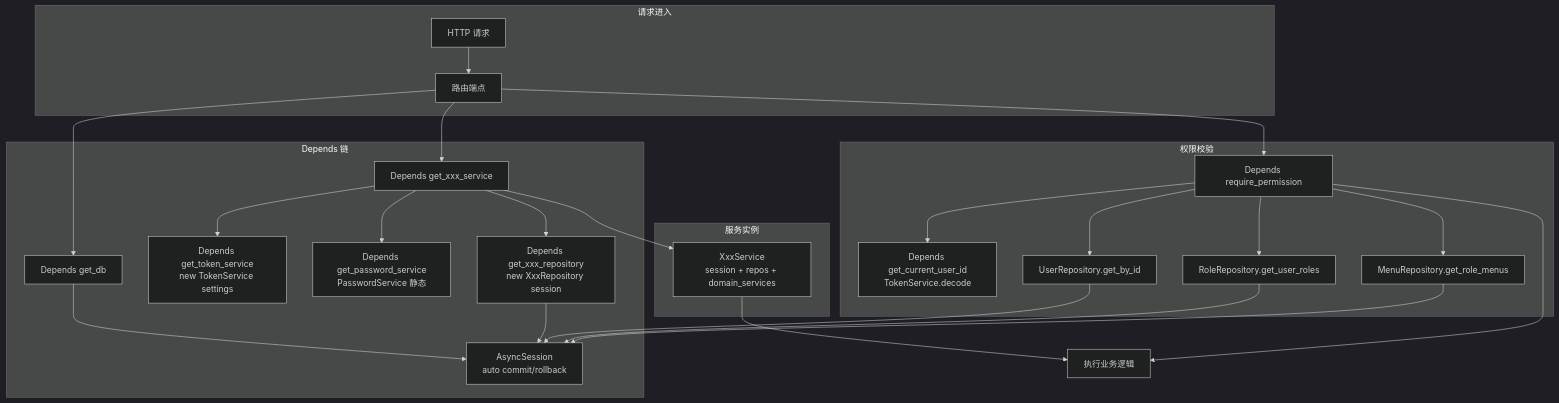
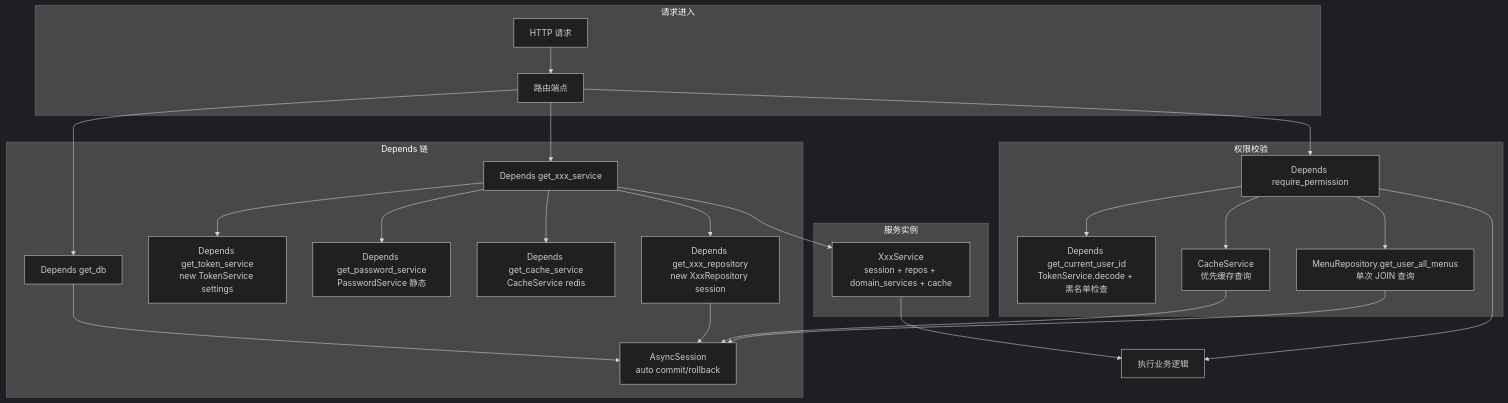
One commit to taoweidong/Hello-FastApi changed the seventh of 8 diagrams in service/docs/design/核心流程图与时序图.md. Above: the diagram before and after it, drawn with Mermaid (dark theme). The commit also changed other lines of this file and 22 other files, not shown here.

````diff
--- a/service/docs/design/核心流程图与时序图.md
+++ b/service/docs/design/核心流程图与时序图.md
@@ -369,38 +390,37 @@
 ```mermaid
 flowchart TD
     subgraph 请求进入
         REQ[HTTP 请求] --> ROUTE[路由端点]
     end
 
     subgraph Depends 链
         ROUTE --> GET_DB[Depends get_db]
         ROUTE --> GET_SVC[Depends get_xxx_service]
 
         GET_DB --> SESSION[AsyncSession<br/>auto commit/rollback]
 
         GET_SVC --> TOKEN_SVC[Depends get_token_service<br/>new TokenService settings]
         GET_SVC --> PWD_SVC[Depends get_password_service<br/>PasswordService 静态]
+        GET_SVC --> CACHE_SVC[Depends get_cache_service<br/>CacheService redis]
         GET_SVC --> REPO[Depends get_xxx_repository<br/>new XxxRepository session]
 
         REPO --> SESSION
     end
 
     subgraph 服务实例
-        GET_SVC --> SVC[XxxService<br/>session + repos + domain_services]
+        GET_SVC --> SVC[XxxService<br/>session + repos + domain_services + cache]
     end
 
     subgraph 权限校验
         ROUTE --> PERM[Depends require_permission]
-        PERM --> CURR_USER[Depends get_current_user_id<br/>TokenService.decode]
-        PERM --> USER_REPO[UserRepository.get_by_id]
-        PERM --> ROLE_REPO[RoleRepository.get_user_roles]
-        PERM --> MENU_REPO[MenuRepository.get_role_menus]
+        PERM --> CURR_USER[Depends get_current_user_id<br/>TokenService.decode + 黑名单检查]
+        PERM --> CACHE[CacheService<br/>优先缓存查询]
+        PERM --> MENU_REPO[MenuRepository.get_user_all_menus<br/>单次 JOIN 查询]
 
-        USER_REPO --> SESSION
-        ROLE_REPO --> SESSION
+        CACHE --> SESSION
         MENU_REPO --> SESSION
     end
 
     SVC --> EXEC[执行业务逻辑]
     PERM --> EXEC
 ```
````
